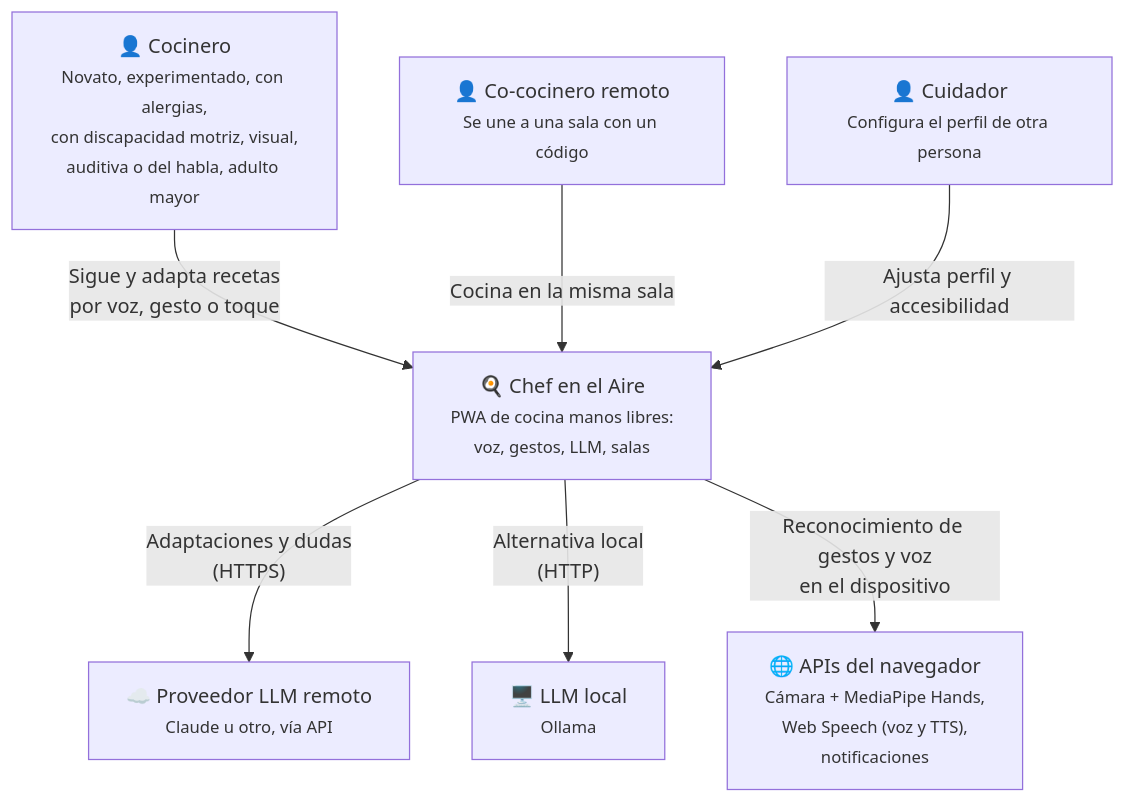
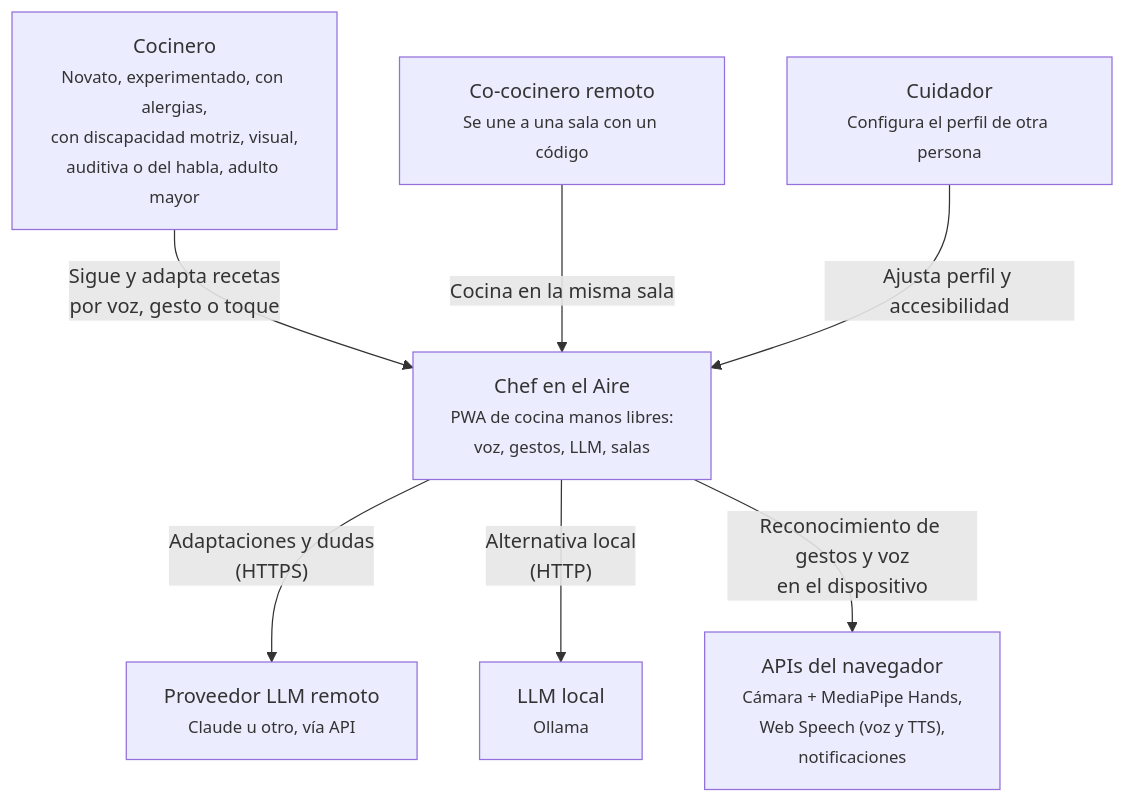
The first of 4 diagrams in docs/arquitectura/README.md (Akira-13/chef-en-el-aire), drawn with Mermaid before and after one commit. The commit also changed other lines of this file and 10 other files, not shown here.

````diff
--- a/docs/arquitectura/README.md
+++ b/docs/arquitectura/README.md
@@ -13,19 +13,19 @@
 ```mermaid
 flowchart TB
-    cocinero["👤 Cocinero<br/><small>Novato, experimentado, con alergias,<br/>con discapacidad motriz, visual,<br/>auditiva o del habla, adulto mayor</small>"]
-    remoto["👤 Co-cocinero remoto<br/><small>Se une a una sala con un código</small>"]
-    cuidador["👤 Cuidador<br/><small>Configura el perfil de otra persona</small>"]
+    cocinero["Cocinero<br/><small>Novato, experimentado, con alergias,<br/>con discapacidad motriz, visual,<br/>auditiva o del habla, adulto mayor</small>"]
+    remoto["Co-cocinero remoto<br/><small>Se une a una sala con un código</small>"]
+    cuidador["Cuidador<br/><small>Configura el perfil de otra persona</small>"]
 
-    sistema["🍳 Chef en el Aire<br/><small>PWA de cocina manos libres:<br/>voz, gestos, LLM, salas</small>"]
+    sistema["Chef en el Aire<br/><small>PWA de cocina manos libres:<br/>voz, gestos, LLM, salas</small>"]
 
-    llmRemoto["☁️ Proveedor LLM remoto<br/><small>Claude u otro, vía API</small>"]
-    llmLocal["🖥️ LLM local<br/><small>Ollama</small>"]
-    navegador["🌐 APIs del navegador<br/><small>Cámara + MediaPipe Hands,<br/>Web Speech (voz y TTS),<br/>notificaciones</small>"]
+    llmRemoto["Proveedor LLM remoto<br/><small>Claude u otro, vía API</small>"]
+    llmLocal["LLM local<br/><small>Ollama</small>"]
+    navegador["APIs del navegador<br/><small>Cámara + MediaPipe Hands,<br/>Web Speech (voz y TTS),<br/>notificaciones</small>"]
 
     cocinero -- "Sigue y adapta recetas<br/>por voz, gesto o toque" --> sistema
     remoto -- "Cocina en la misma sala" --> sistema
     cuidador -- "Ajusta perfil y accesibilidad" --> sistema
     sistema -- "Adaptaciones y dudas<br/>(HTTPS)" --> llmRemoto
     sistema -- "Alternativa local<br/>(HTTP)" --> llmLocal
     sistema -- "Reconocimiento de gestos y voz<br/>en el dispositivo" --> navegador
 ```
````
